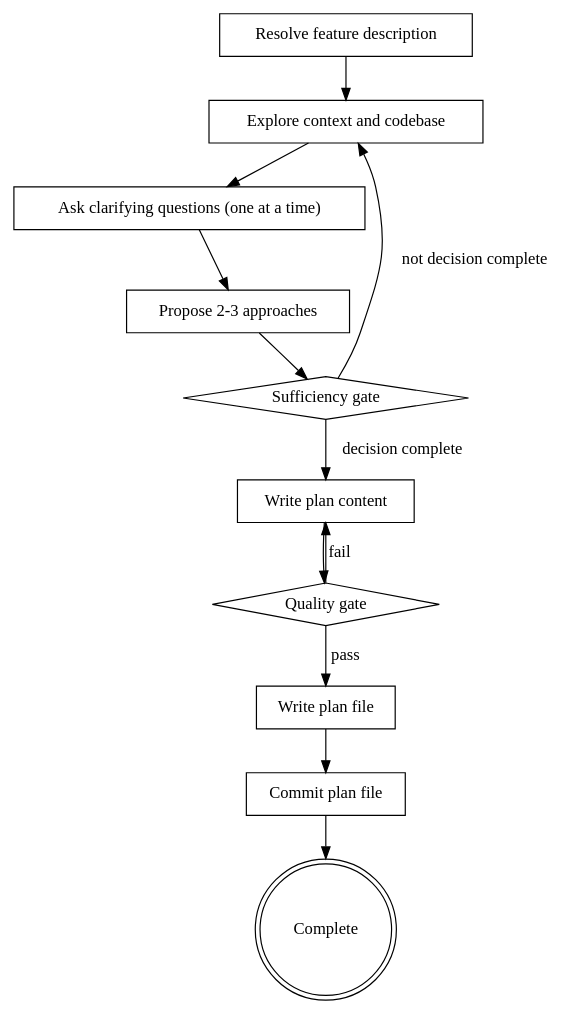
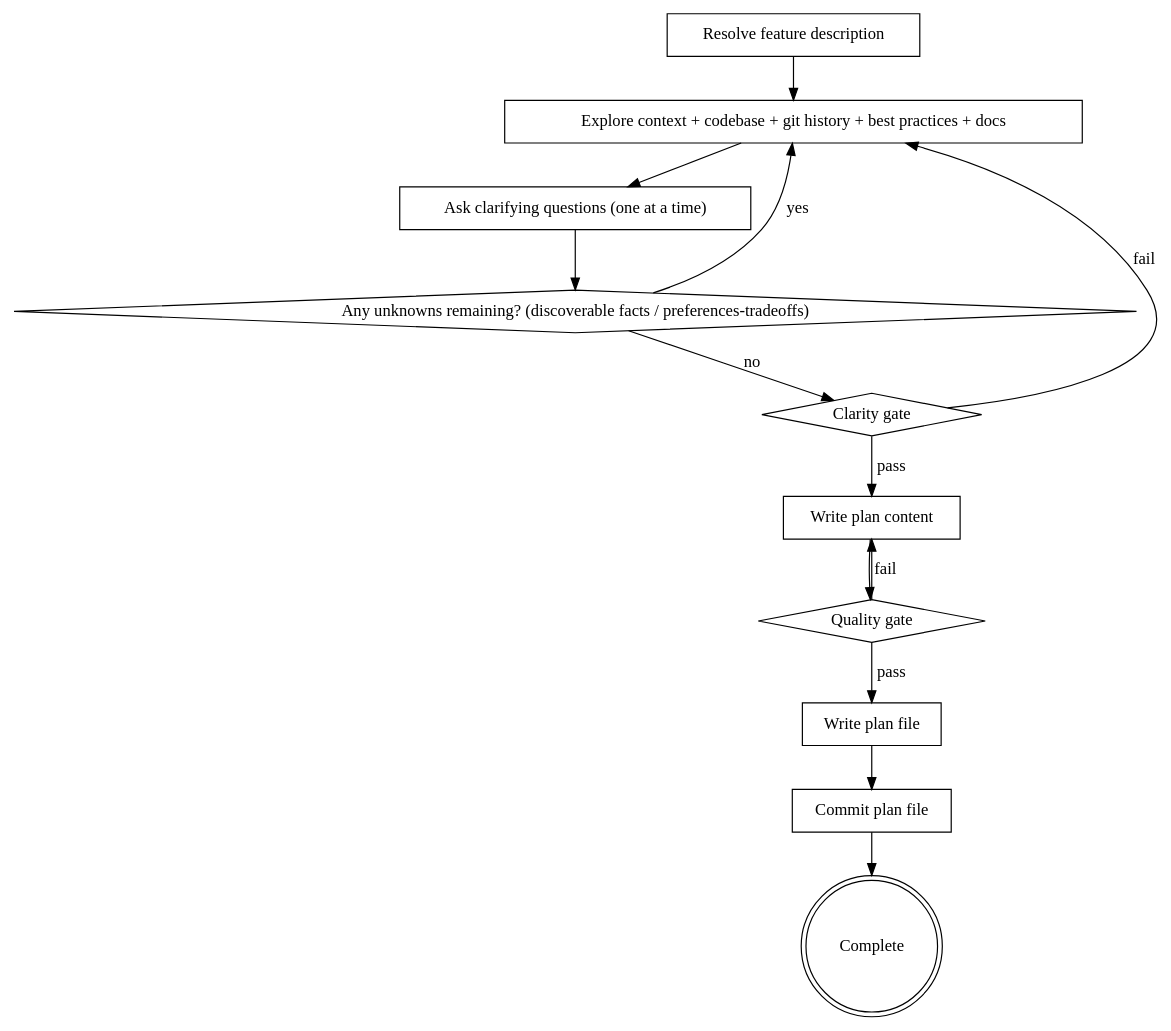
One commit to ty91/agentfiles changed the diagram in skills/planning/SKILL.md. Above: the diagram before and after it, drawn with Graphviz. The commit also changed other lines of this file, not shown here.

Commit message:
docs(skill): switch planning flow to clarity gate

````diff
--- a/skills/planning/SKILL.md
+++ b/skills/planning/SKILL.md
@@ -120,26 +121,27 @@
 ```dot
 digraph planning {
     "Resolve feature description" [shape=box];
-    "Explore context and codebase" [shape=box];
+    "Explore context + codebase + git history + best practices + docs" [shape=box];
     "Ask clarifying questions (one at a time)" [shape=box];
-    "Propose 2-3 approaches" [shape=box];
-    "Sufficiency gate" [shape=diamond];
+    "Any unknowns remaining? (discoverable facts / preferences-tradeoffs)" [shape=diamond];
+    "Clarity gate" [shape=diamond];
     "Write plan content" [shape=box];
     "Quality gate" [shape=diamond];
     "Write plan file" [shape=box];
     "Commit plan file" [shape=box];
     "Complete" [shape=doublecircle];
 
-    "Resolve feature description" -> "Explore context and codebase";
-    "Explore context and codebase" -> "Ask clarifying questions (one at a time)";
-    "Ask clarifying questions (one at a time)" -> "Propose 2-3 approaches";
-    "Propose 2-3 approaches" -> "Sufficiency gate";
-    "Sufficiency gate" -> "Explore context and codebase" [label="not decision complete"];
-    "Sufficiency gate" -> "Write plan content" [label="decision complete"];
+    "Resolve feature description" -> "Explore context + codebase + git history + best practices + docs";
+    "Explore context + codebase + git history + best practices + docs" -> "Ask clarifying questions (one at a time)";
+    "Ask clarifying questions (one at a time)" -> "Any unknowns remaining? (discoverable facts / preferences-tradeoffs)";
+    "Any unknowns remaining? (discoverable facts / preferences-tradeoffs)" -> "Explore context + codebase + git history + best practices + docs" [label="yes"];
+    "Any unknowns remaining? (discoverable facts / preferences-tradeoffs)" -> "Clarity gate" [label="no"];
+    "Clarity gate" -> "Explore context + codebase + git history + best practices + docs" [label="fail"];
+    "Clarity gate" -> "Write plan content" [label="pass"];
     "Write plan content" -> "Quality gate";
     "Quality gate" -> "Write plan content" [label="fail"];
     "Quality gate" -> "Write plan file" [label="pass"];
     "Write plan file" -> "Commit plan file";
     "Commit plan file" -> "Complete";
 }
 ```
````
